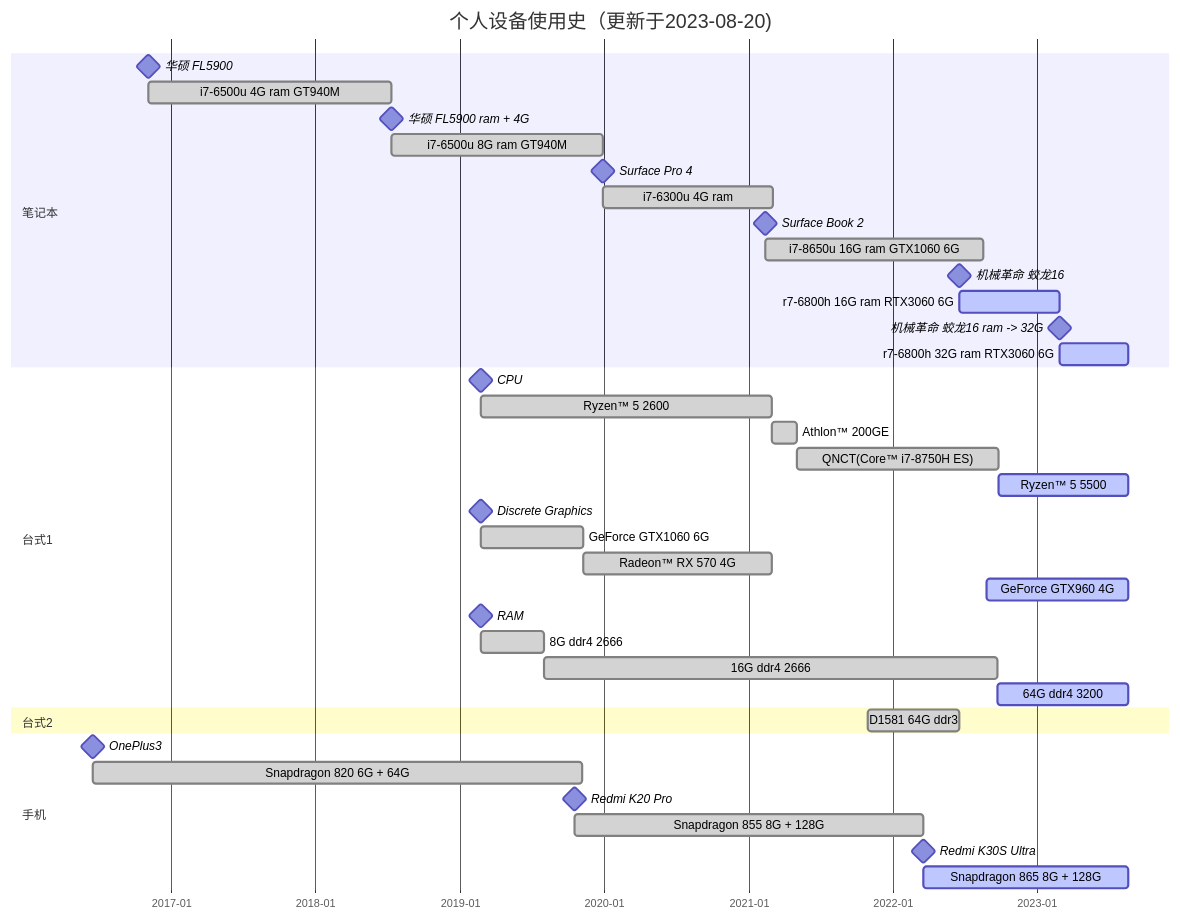
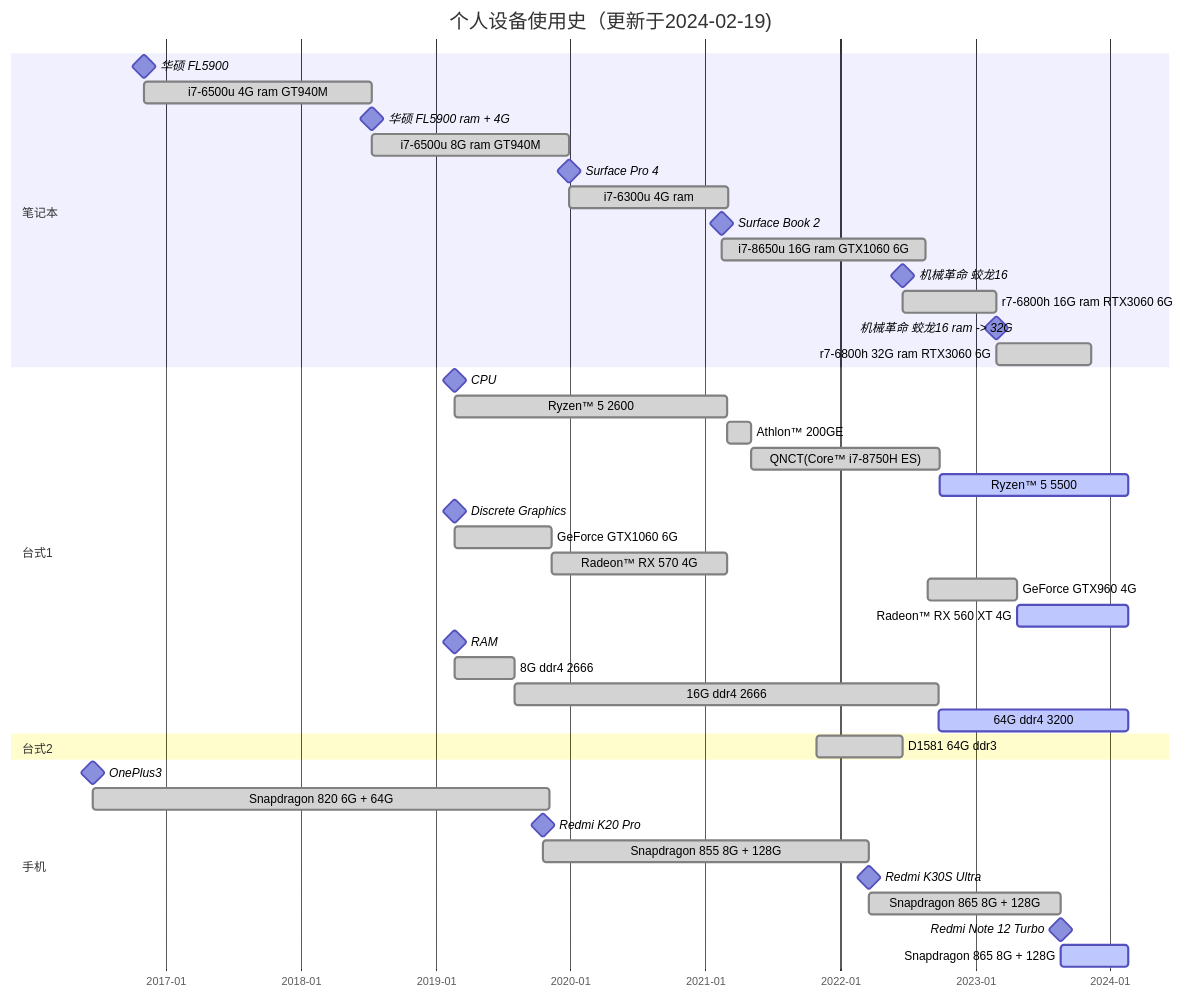
One commit to xuanyabulema/xuanyabulema.github.io changed the diagram in source/microchip/index.md. Above: the diagram before and after it, drawn with Mermaid.

````diff
--- a/source/microchip/index.md
+++ b/source/microchip/index.md
@@ -13,51 +13,54 @@
 ```mermaid
 gantt
-    title 个人设备使用史（更新于2023-08-20)
+    title 个人设备使用史（更新于2024-02-19)
     dateFormat  YYYY-MM-DD
     axisFormat  %Y-%m
     
     section 笔记本
     华硕 FL5900                                 :milestone, 2016-11-03, 0d
     i7-6500u  4G ram GT940M                     :done, 2016-11-03, 2018-07-13
     华硕 FL5900  ram + 4G                        :milestone, 2018-07-13, 0d
     i7-6500u  8G ram GT940M                     :done, 2018-07-13, 2019-12-29
     Surface Pro 4                               :milestone, 2019-12-29, 0d
     i7-6300u  4G ram                            :done, 2019-12-29, 2021-03-03
     Surface Book 2                              :milestone, 2021-02-12, 0d
     i7-8650u  16G ram  GTX1060 6G               :done, 2021-02-12, 2022-08-18
     机械革命 蛟龙16                               :milestone, 2022-06-17, 0d
-    r7-6800h  16G ram    RTX3060 6G             :active, 2022-06-17, 2023-02-26
+    r7-6800h  16G ram    RTX3060 6G             :done, 2022-06-17, 2023-02-26
     机械革命 蛟龙16  ram -> 32G                   :milestone, 2023-02-26, 0d
-    r7-6800h  32G ram    RTX3060 6G             :active, 2023-02-26, 2023-08-20
+    r7-6800h  32G ram    RTX3060 6G             :done, 2023-02-26, 2023-11-11
     
     
     section 台式1
     CPU                                         :milestone, 2019-02-22, 0d
     Ryzen™ 5 2600                               :done, 2019-02-22, 2021-03-01
     Athlon™ 200GE                               :done, 2021-03-01, 2021-05-04
     QNCT(Core™ i7-8750H ES)                     :done, 2021-05-04, 2022-09-26
-    Ryzen™ 5 5500                               :active, 2022-09-26, 2023-08-20
+    Ryzen™ 5 5500                               :active, 2022-09-26, 2024-02-19
     
     Discrete Graphics                           :milestone, 2019-02-22, 0d
     GeForce GTX1060 6G                          :done, 2019-02-22, 2019-11-10
     Radeon™ RX 570 4G                           :done, 2019-11-10, 2021-03-01
-    GeForce GTX960 4G                           :active, 2022-08-25, 2023-08-20
+    GeForce GTX960 4G                           :done, 2022-08-25, 2023-04-23
+    Radeon™ RX 560 XT 4G                        :active, 2023-04-23, 2024-02-19
     
     RAM                                         :milestone, 2019-02-22, 0d
     8G ddr4 2666                                :done, 2019-02-22, 2019-08-02
     16G ddr4 2666                               :done, 2019-08-02, 2022-09-22
-    64G ddr4 3200                               :active, 2022-09-22, 2023-08-20
+    64G ddr4 3200                               :active, 2022-09-22, 2024-02-19
     
     
     section 台式2
     D1581 64G ddr3                              :done, 2021-10-29,2022-06-19
     
     
     section 手机
     OnePlus3                                    :milestone, 2016-06-16, 0d
     Snapdragon 820 6G + 64G                     :done, 2016-06-16, 2019-11-06
     Redmi K20 Pro                               :milestone, 2019-10-19, 0d
     Snapdragon 855  8G + 128G                   :done, 2019-10-19, 2022-03-18
     Redmi K30S Ultra                            :milestone, 2022-03-18, 0d
-    Snapdragon 865  8G + 128G                   :active, 2022-03-18, 2023-08-20
+    Snapdragon 865  8G + 128G                   :done, 2022-03-18, 2023-08-19
+    Redmi Note 12 Turbo                         :milestone, 2023-08-19, 0d
+    Snapdragon 865  8G + 128G                   :active, 2023-08-19, 2024-02-19
 ```
````
